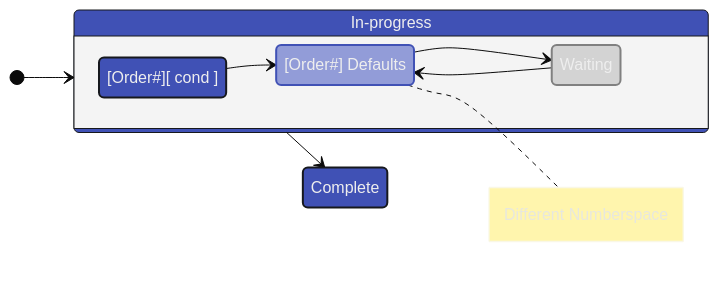
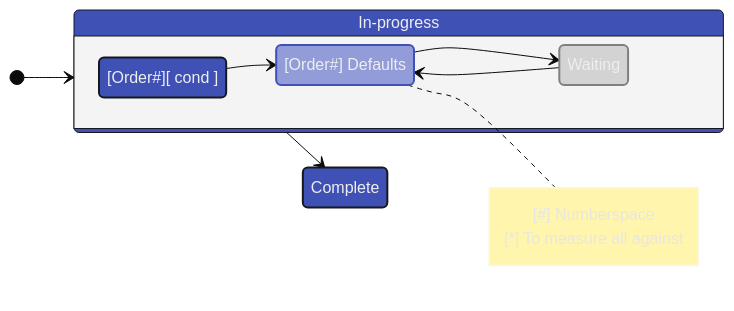
Before and after one commit to Serralq/Project-Norn: the second of 2 diagrams in docs/index.md, drawn with Mermaid. The commit also changed other lines of this file, not shown here.

Commit message:
Add the main project type

````diff
--- a/docs/index.md
+++ b/docs/index.md
@@ -110,47 +110,48 @@
         ```mermaid
         %%{
           init: {
             'theme': 'base',
             'themeVariables': {
               'darkMode': 'true',
               'fontFamily': 'hermit',
               'primaryColor': '#4051b5',
               'primaryBorderColor': '#16181D',
               'tertiaryColor': '#546d78',
               'tertiaryTextColor': '#E2E4E9D1',
               'textColor': '#E2E4E9D1',
               'noteTextColor': '#E2E4E9D1'
             }
           }
         }%%
         stateDiagram
           direction LR
 
           Main: In-progress
           Conditional: [Order#][ cond ]
           Defaults: [Order#] Defaults
 
           classDef waiting fill:lightgrey,stroke:grey,stroke-width:2
           classDef any fill:#4051b5,stroke:#16181D, stroke-width:2
           classDef complete fill:#929CD8,stroke:#4051b5,stroke-width:2
 
           class Waiting waiting
           class Conditional any
           class Defaults complete
           class Complete any
 
           [*] --> Main
 
           state Main {
             direction LR
 
             Conditional --> Defaults
             Defaults --> Waiting
             Waiting --> Defaults
 
             note right of Defaults
-              Different Numberspace
+              [#] Numberspace
+              [*] To measure all against
             end note
           }
           Main --> Complete
         ```
````
